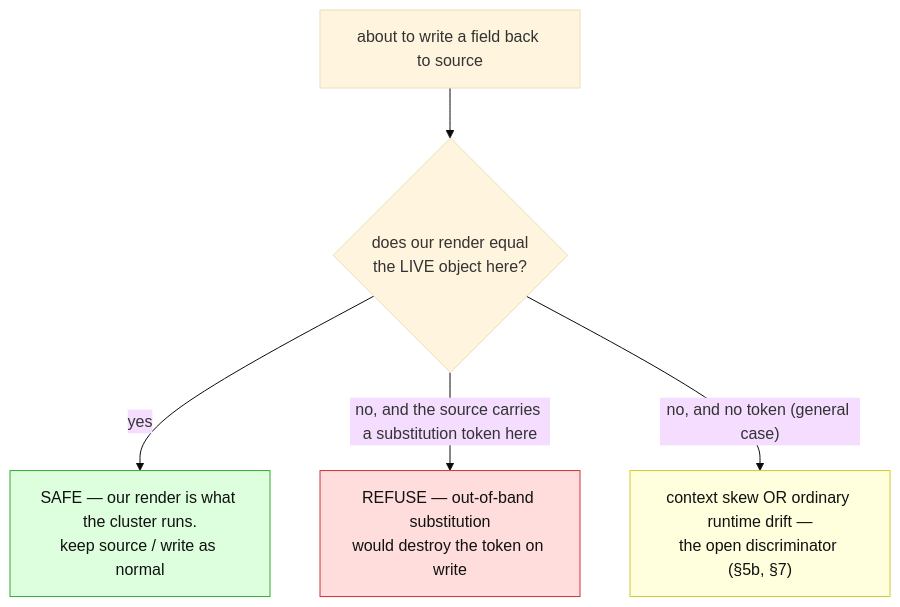
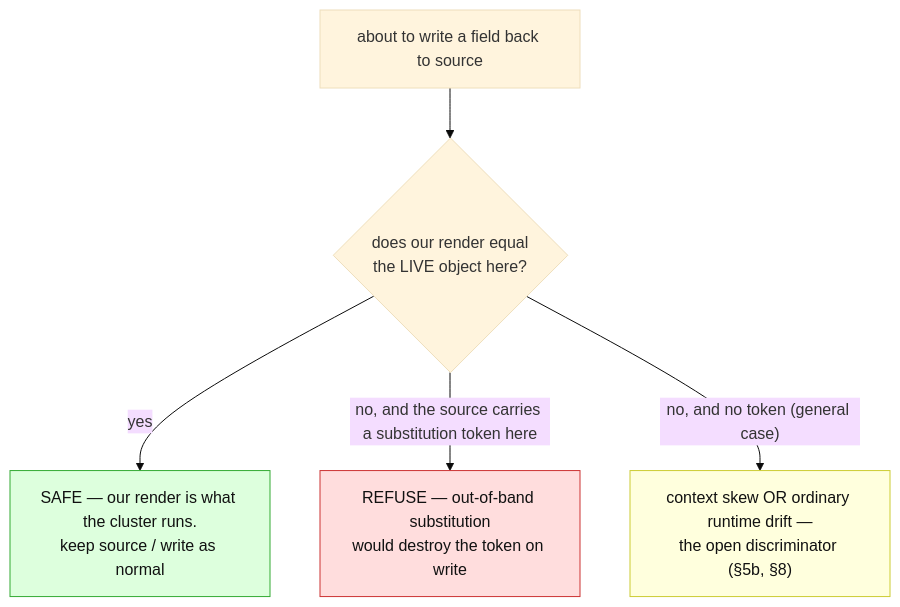
One commit to ConfigButler/gitops-reverser changed the second of 2 diagrams in docs/design/support-boundary/render-fidelity.md. Above: the diagram before and after it, drawn with Mermaid (base theme). The commit also changed other lines of this file, not shown here.

````diff
--- a/docs/design/support-boundary/render-fidelity.md
+++ b/docs/design/support-boundary/render-fidelity.md
@@ -148,14 +148,14 @@
 ```mermaid
 flowchart TD
     W["about to write a field back to source"] --> Q{"does our render equal<br/>the LIVE object here?"}
     Q -->|"yes"| K["SAFE — our render is what the cluster runs.<br/>keep source / write as normal"]
     Q -->|"no, and the source carries a substitution token here"| R["REFUSE — out-of-band substitution<br/>would destroy the token on write"]
-    Q -->|"no, and no token (general case)"| D["context skew OR ordinary runtime drift —<br/>the open discriminator (§5b, §7)"]
+    Q -->|"no, and no token (general case)"| D["context skew OR ordinary runtime drift —<br/>the open discriminator (§5b, §8)"]
 
     classDef good fill:#dfd,stroke:#3a3,color:#111
     classDef bad fill:#fdd,stroke:#c33,color:#111
     classDef open fill:#ffd,stroke:#cc3,color:#111
     class K good
     class R bad
     class D open
 ```
````
